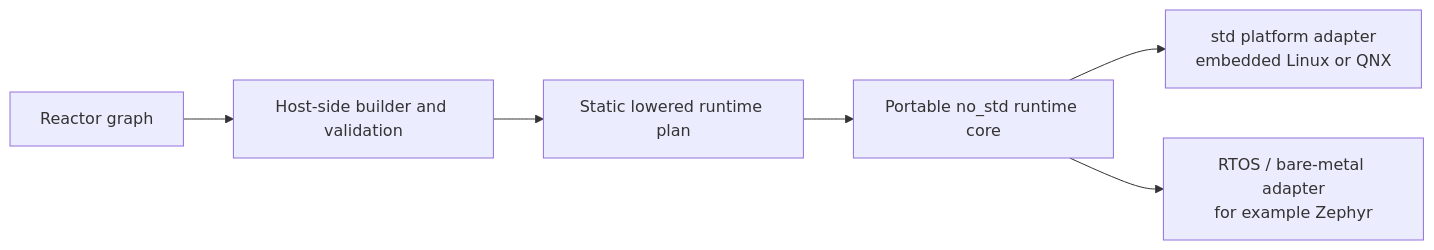
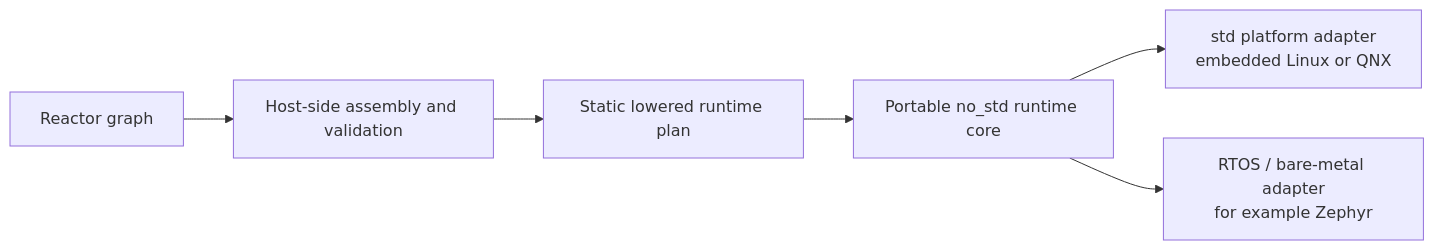
The third of 3 diagrams in docs/architecture.md (jondo2010/boomerang), drawn with Mermaid before and after one commit. The commit also changed other lines of this file and 83 other files, not shown here.

First line of the commit message:
refactor(builder): migrate builder vocabulary to assembly (#101)

````diff
--- a/docs/architecture.md
+++ b/docs/architecture.md
@@ -250,13 +250,13 @@
 ```mermaid
 flowchart LR
     Graph["Reactor graph"]
-    Builder["Host-side builder and validation"]
+    AssemblyLayer["Host-side assembly and validation"]
     Plan["Static lowered runtime plan"]
     Core["Portable no_std runtime core"]
     Hosted["std platform adapter<br/>embedded Linux or QNX"]
     Rtos["RTOS / bare-metal adapter<br/>for example Zephyr"]
 
-    Graph --> Builder --> Plan --> Core
+    Graph --> AssemblyLayer --> Plan --> Core
     Core --> Hosted
     Core --> Rtos
 ```
````
